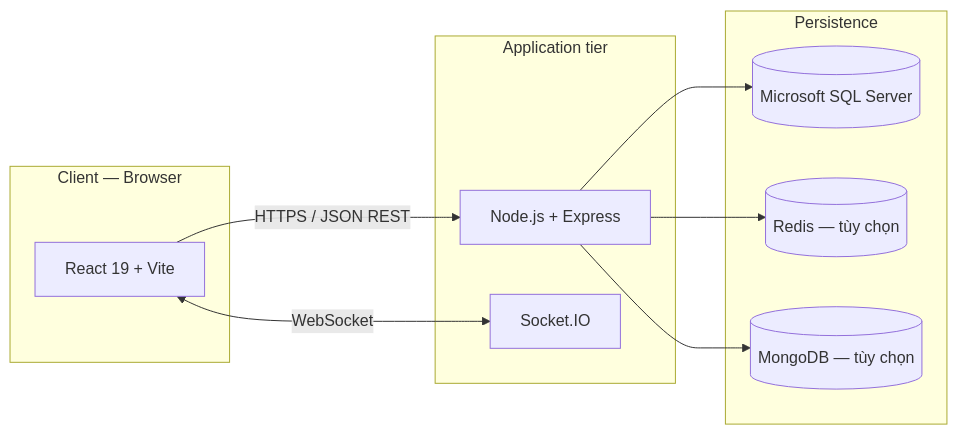
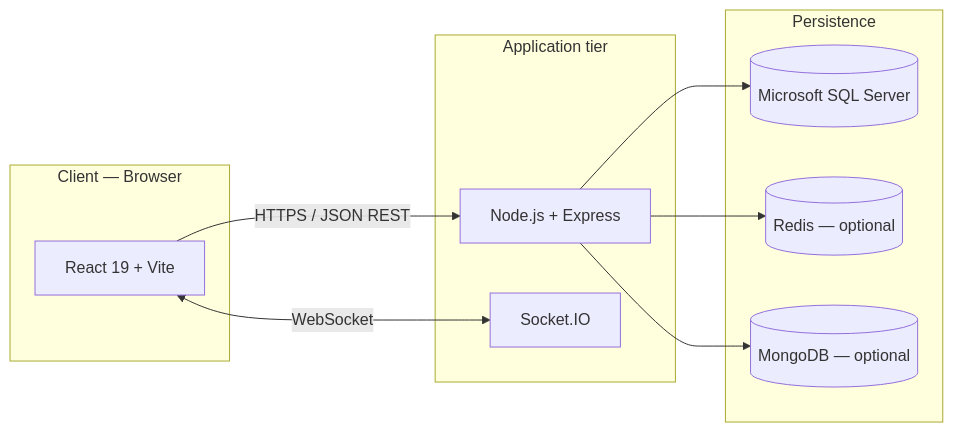
The diagram in README.md (TheHien04/Clinic-Management), drawn with Mermaid before and after one commit. The commit also changed other lines of this file and 1 other file, not shown here.

````diff
--- a/README.md
+++ b/README.md
@@ -58,20 +56,20 @@
 ```mermaid
 flowchart LR
   subgraph client [Client — Browser]
     FE[React 19 + Vite]
   end
   subgraph api [Application tier]
     BE[Node.js + Express]
     RT[Socket.IO]
   end
   subgraph persistence [Persistence]
     SQL[(Microsoft SQL Server)]
-    RD[(Redis — tùy chọn)]
-    MG[(MongoDB — tùy chọn)]
+    RD[(Redis — optional)]
+    MG[(MongoDB — optional)]
   end
   FE -->|HTTPS / JSON REST| BE
   FE <-->|WebSocket| RT
   BE --> SQL
   BE --> RD
   BE --> MG
 ```
````
